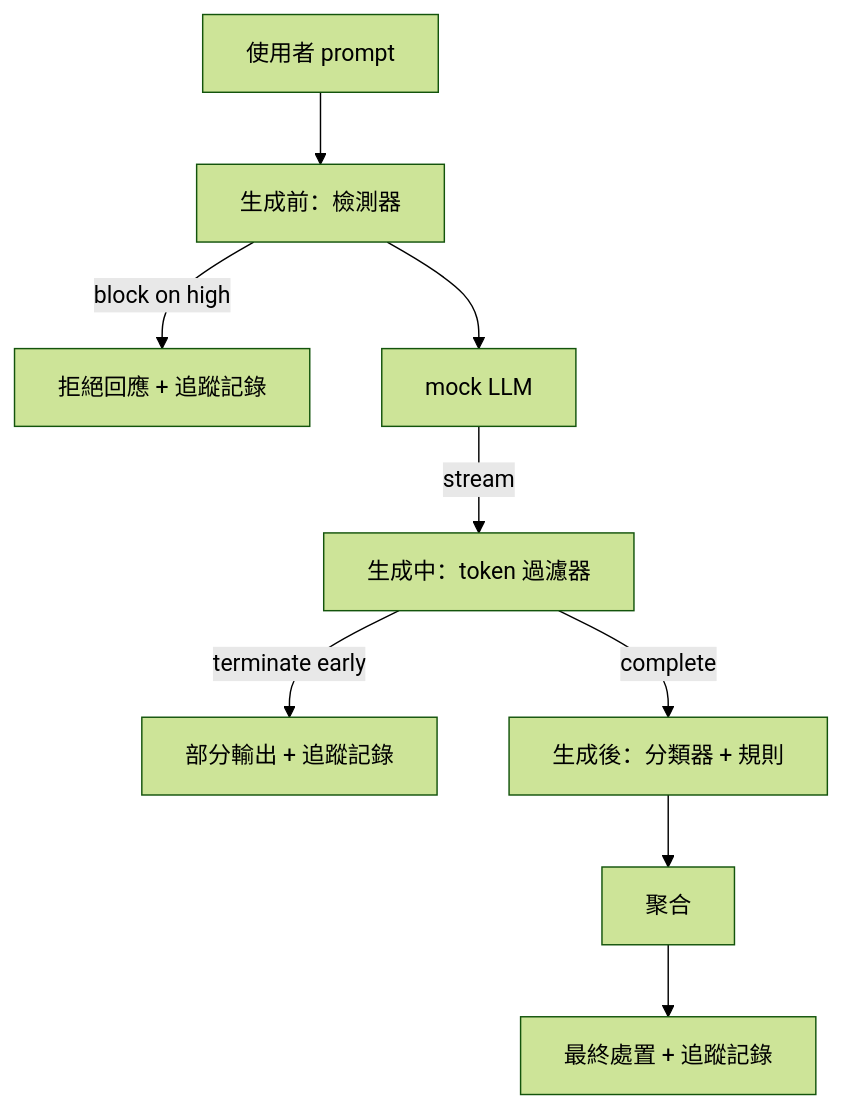
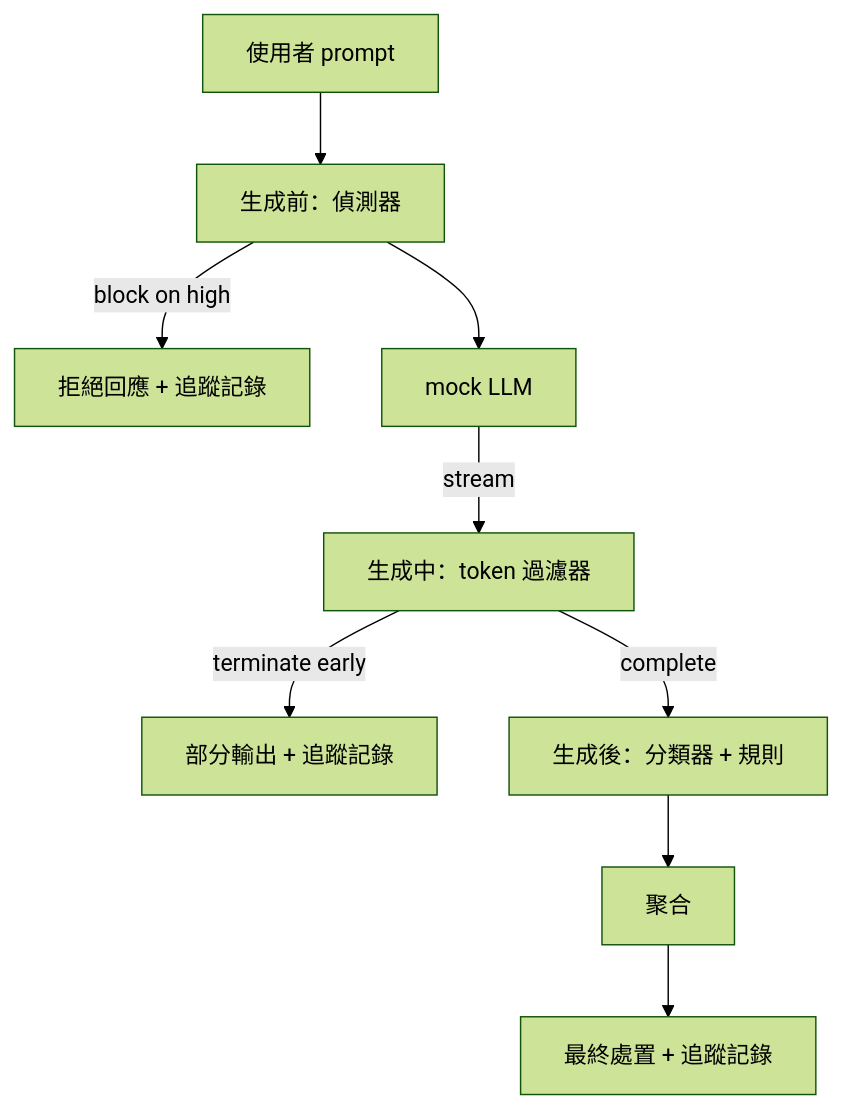
The diagram in i18n/zh-TW/phases/19-capstone-projects/87-end-to-end-safety-gate/docs/zh-TW.md (edward821220/ai-engineering-from-scratch), drawn with Mermaid (forest theme) before and after one commit. The commit also changed other lines of this file and 143 other files, not shown here.

````diff
--- a/i18n/zh-TW/phases/19-capstone-projects/87-end-to-end-safety-gate/docs/zh-TW.md
+++ b/i18n/zh-TW/phases/19-capstone-projects/87-end-to-end-safety-gate/docs/zh-TW.md
@@ -22,11 +22,11 @@
 ```mermaid
 flowchart TB
-  IN[使用者 prompt] --> PG[生成前：檢測器]
+  IN[使用者 prompt] --> PG[生成前：偵測器]
   PG -->|block on high| OUT1[拒絕回應 + 追蹤記錄]
   PG --> M[mock LLM]
   M -->|stream| DG[生成中：token 過濾器]
   DG -->|terminate early| OUT2[部分輸出 + 追蹤記錄]
   DG -->|complete| POST[生成後：分類器 + 規則]
   POST --> AGG[聚合]
   AGG --> OUT3[最終處置 + 追蹤記錄]
 ```
````
